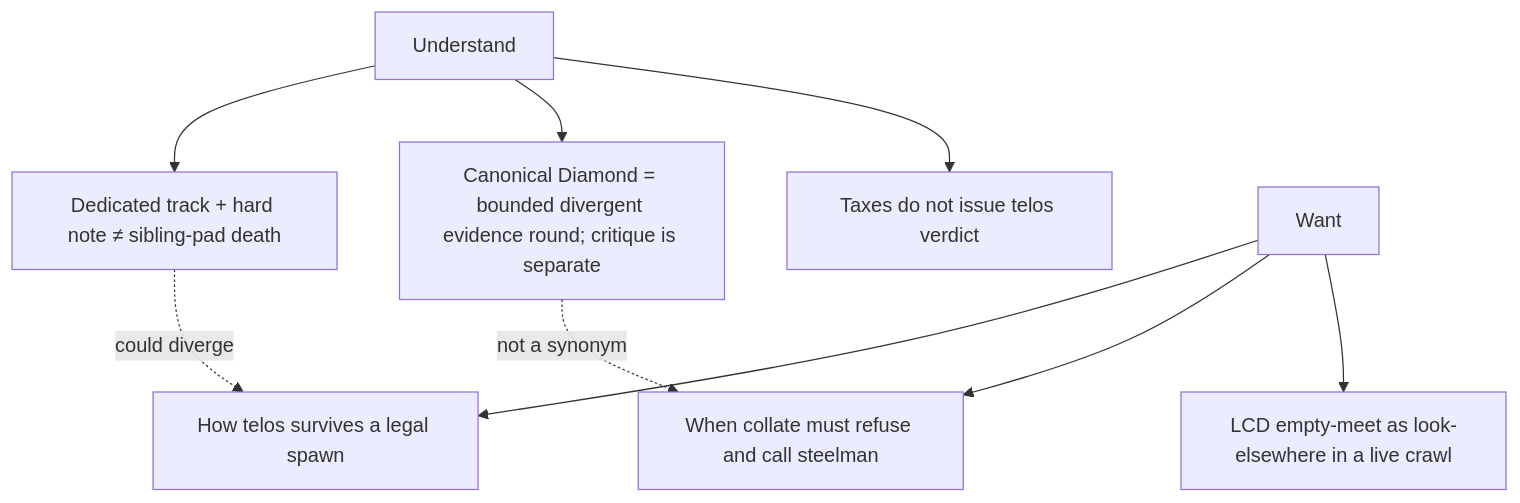
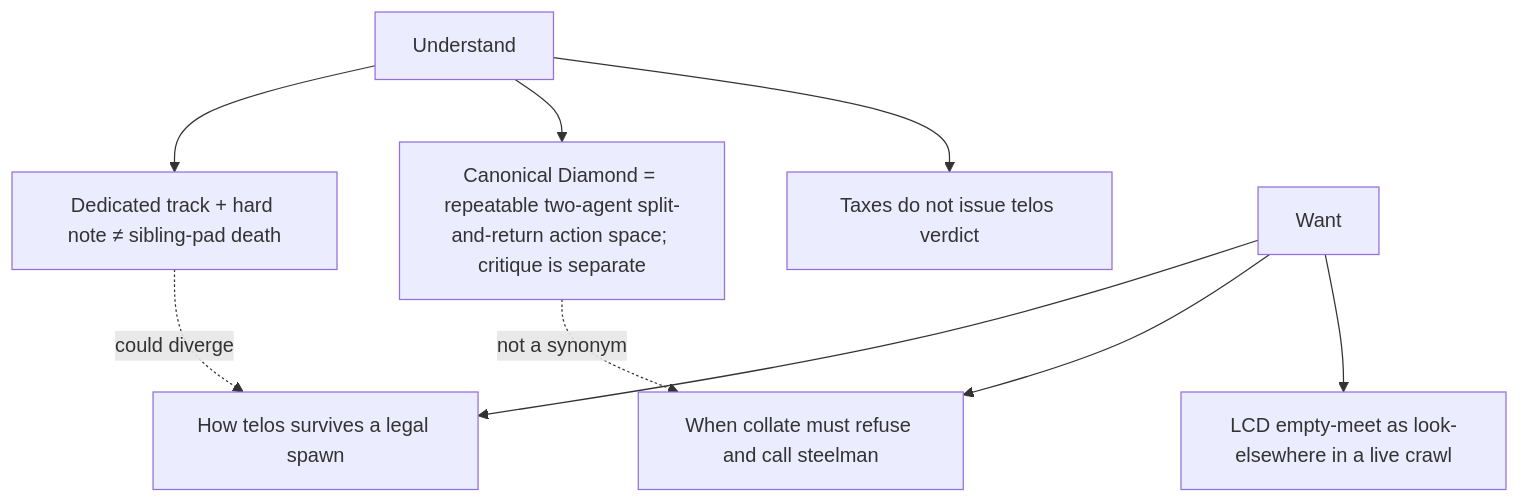
Before and after one commit to Fractal-Deployment/twinglass-pack: the third of 4 diagrams in LATTICE_AHEAD.md, drawn with Mermaid. The commit also changed other lines of this file and 9 other files, not shown here.

````diff
--- a/LATTICE_AHEAD.md
+++ b/LATTICE_AHEAD.md
@@ -44,11 +44,11 @@
 ```mermaid
 flowchart TD
   U[Understand] --> U1[Dedicated track + hard note ≠ sibling-pad death]
-  U --> U2[Canonical Diamond = bounded divergent evidence round; critique is separate]
+  U --> U2[Canonical Diamond = repeatable two-agent split-and-return action space; critique is separate]
   U --> U3[Taxes do not issue telos verdict]
   W[Want] --> W1[How telos survives a legal spawn]
   W --> W2[When collate must refuse and call steelman]
   W --> W3[LCD empty-meet as look-elsewhere in a live crawl]
   U1 -.->|could diverge| W1
   U2 -.->|not a synonym| W2
 ```
````
